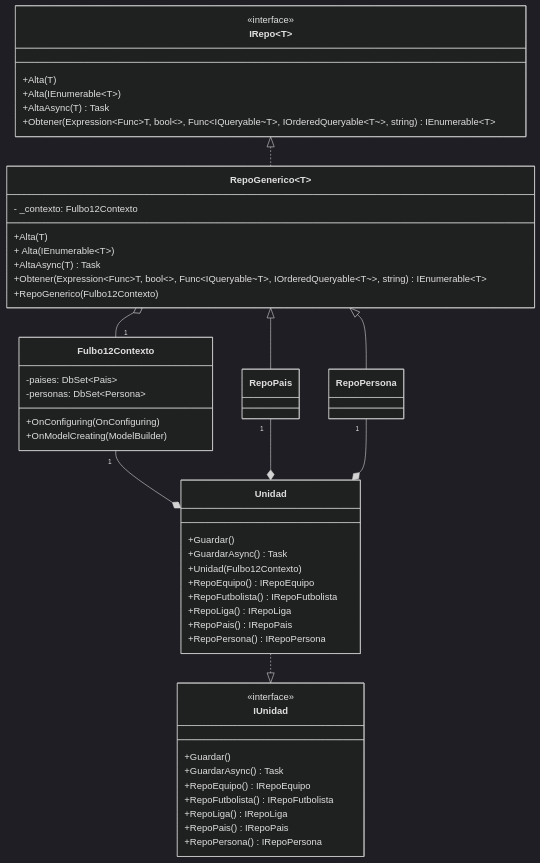
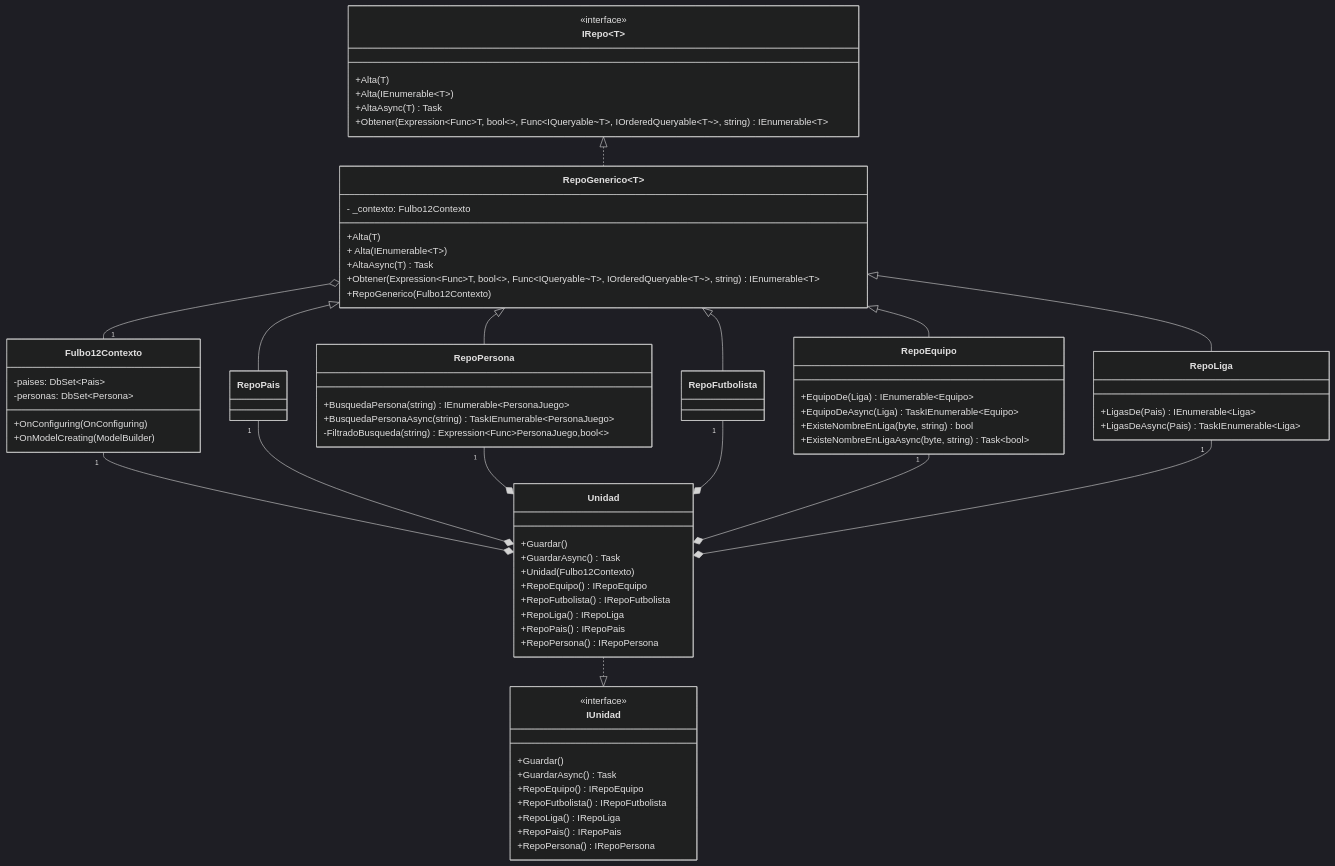
One commit to josesinio/Fulbo12 changed the diagram in src/Fulbo12.Core.Persistencia.EFC/README.md. Above: the diagram before and after it, drawn with Mermaid (dark theme).

Commit message:
Documentacion

```diff
--- a/src/Fulbo12.Core.Persistencia.EFC/README.md
+++ b/src/Fulbo12.Core.Persistencia.EFC/README.md
@@ -159,6 +159,9 @@
         RepoGenerico~T~ o-- "1" Fulbo12Contexto
         RepoGenerico~T~ <|-- RepoPais
         RepoGenerico~T~ <|-- RepoPersona
+        RepoGenerico~T~ <|-- RepoFutbolista
+        RepoGenerico~T~ <|-- RepoEquipo
+        RepoGenerico~T~ <|-- RepoLiga
 
         class Fulbo12Contexto{
             -paises: DbSet~Pais~ 
@@ -167,9 +170,30 @@
             +OnModelCreating(ModelBuilder)
         }
 
+        class RepoPersona{
+            +BusquedaPersona(string) IEnumerable~PersonaJuego~
+            +BusquedaPersonaAsync(string) TaskIEnumerable~PersonaJuego~
+            -FiltradoBusqueda(string) Expression~Func~PersonaJuego,bool~~
+        }
+
+        class RepoEquipo{
+            +EquipoDe(Liga) IEnumerable~Equipo~
+            +EquipoDeAsync(Liga) TaskIEnumerable~Equipo~
+            +ExisteNombreEnLiga(byte, string) bool
+            +ExisteNombreEnLigaAsync(byte, string) Task~bool~
+        }
+
+        class RepoLiga{
+            +LigasDe(Pais) IEnumerable~Liga~
+            +LigasDeAsync(Pais) TaskIEnumerable~Liga~
+        }
+
         Fulbo12Contexto "1" --* Unidad
         RepoPais "1" --* Unidad
         RepoPersona "1" --* Unidad
+        RepoFutbolista "1" --* Unidad
+        RepoEquipo "1" --* Unidad
+        RepoLiga "1" --* Unidad
 
         class Unidad{
             +Guardar()
```
